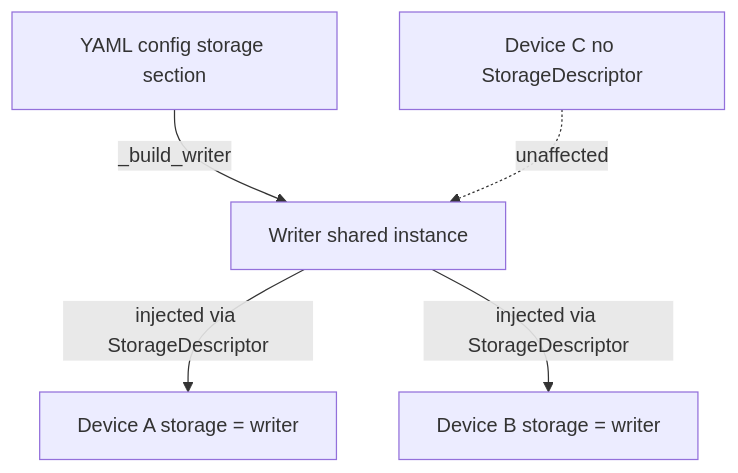
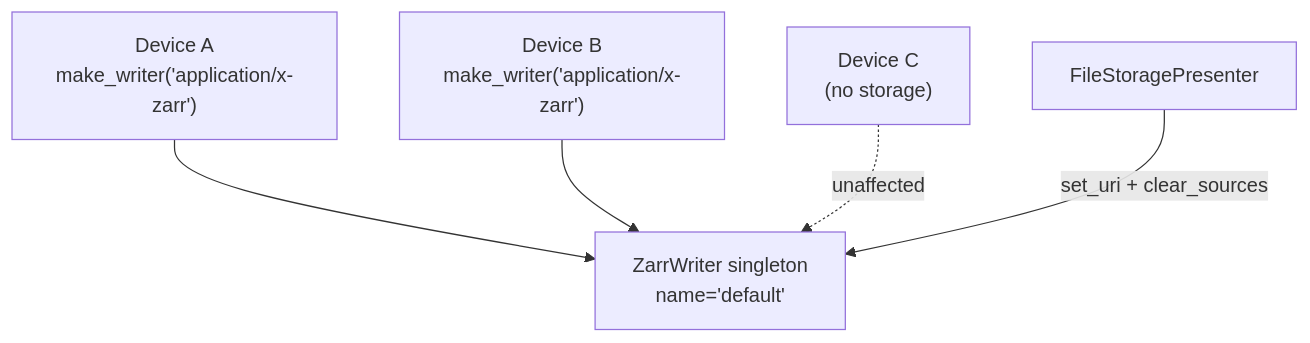
The diagram in docs/explanation/storage.md (redsun-acquisition/redsun), drawn with Mermaid before and after one commit. The commit also changed other lines of this file and 2 other files, not shown here.

First line of the commit message:
docs(storage): remove all stale API references

````diff
--- a/docs/explanation/storage.md
+++ b/docs/explanation/storage.md
@@ -13,7 +16,7 @@
 ```mermaid
 graph TD
-    YAML[YAML config storage section] -->|_build_writer| W[Writer shared instance]
-    W -->|injected via StorageDescriptor| D1[Device A storage = writer]
-    W -->|injected via StorageDescriptor| D2[Device B storage = writer]
-    D3[Device C no StorageDescriptor] -. unaffected .-> W
+    D1["Device A\nmake_writer('application/x-zarr')"] --> W[ZarrWriter singleton\nname='default']
+    D2["Device B\nmake_writer('application/x-zarr')"] --> W
+    D3["Device C\n(no storage)"] -. unaffected .-> W
+    SP[FileStoragePresenter] -->|set_uri + clear_sources| W
 ```
````
